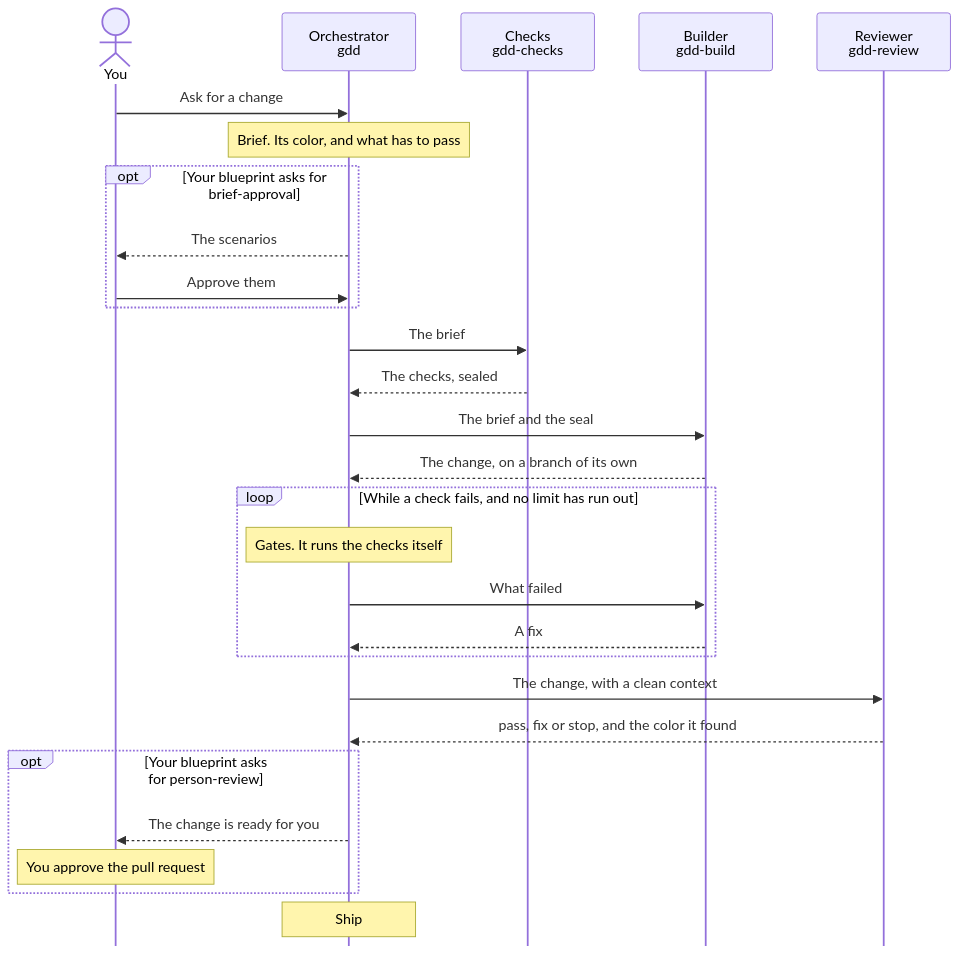
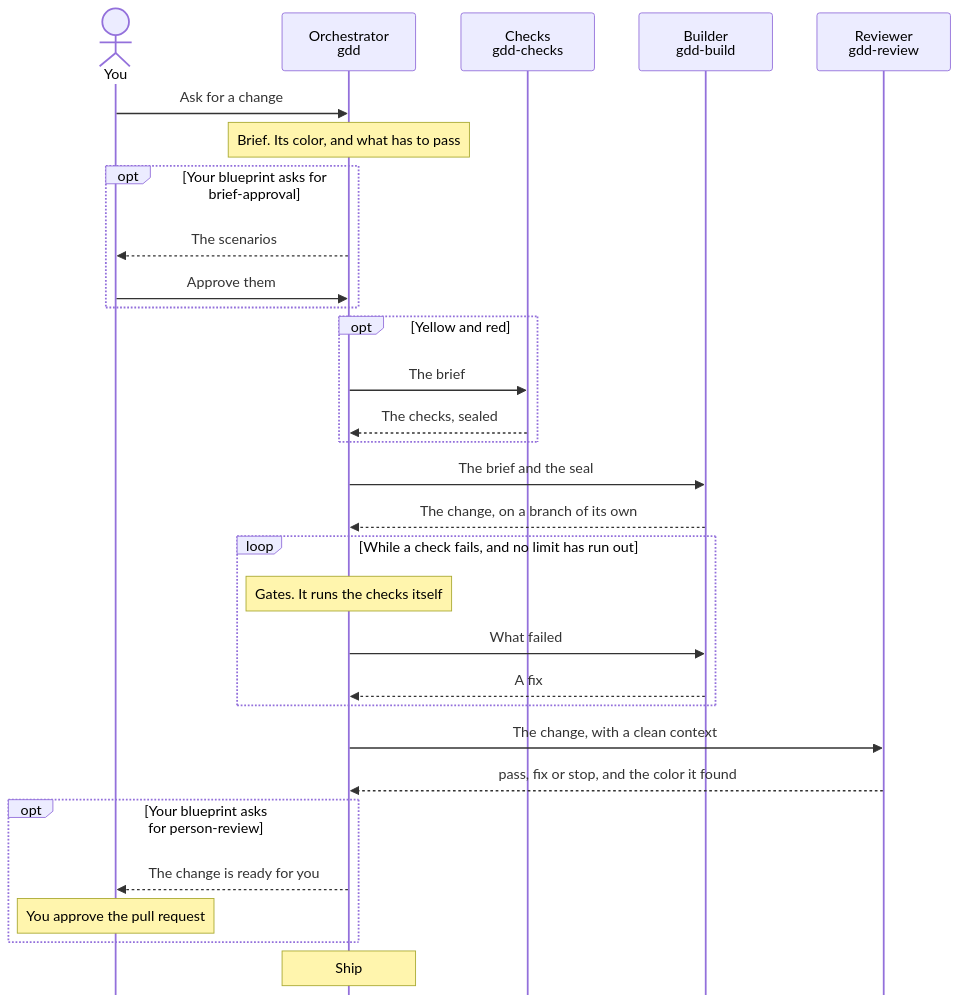
One commit to MarsGotta/gdd changed the second of 4 diagrams in skills/README.md. Above: the diagram before and after it, drawn with Mermaid. The commit also changed other lines of this file and 4 other files, not shown here.

````diff
--- a/skills/README.md
+++ b/skills/README.md
@@ -124,34 +125,36 @@
 ```mermaid
 %%{init: {"sequence": {"diagramMarginX": 160, "mirrorActors": false}}}%%
 sequenceDiagram
     accTitle: Who does what in one change
-    accDescr: You ask the orchestrator for a change. It briefs it, a second agent writes and seals the checks, a third builds, the orchestrator runs the gates, and a reviewer with a clean context gives its verdict. You approve where your blueprint asks for a person.
+    accDescr: You ask the orchestrator for a change. It briefs it, on yellow and red a second agent writes and seals the checks, a third builds, the orchestrator runs the gates, and a reviewer with a clean context gives its verdict. You approve where your blueprint asks for a person.
     actor You
     participant O as Orchestrator<br/>gdd
     participant C as Checks<br/>gdd-checks
     participant B as Builder<br/>gdd-build
     participant R as Reviewer<br/>gdd-review
 
     You->>O: Ask for a change
     Note over O: Brief. Its color, and what has to pass
     opt Your blueprint asks for brief-approval
         O-->>You: The scenarios
         You->>O: Approve them
     end
-    O->>C: The brief
-    C-->>O: The checks, sealed
+    opt Yellow and red
+        O->>C: The brief
+        C-->>O: The checks, sealed
+    end
     O->>B: The brief and the seal
     B-->>O: The change, on a branch of its own
     loop While a check fails, and no limit has run out
         Note over O: Gates. It runs the checks itself
         O->>B: What failed
         B-->>O: A fix
     end
     O->>R: The change, with a clean context
     R-->>O: pass, fix or stop, and the color it found
     opt Your blueprint asks for person-review
         O-->>You: The change is ready for you
         Note over You: You approve the pull request
     end
     Note over O: Ship
 ```
````
